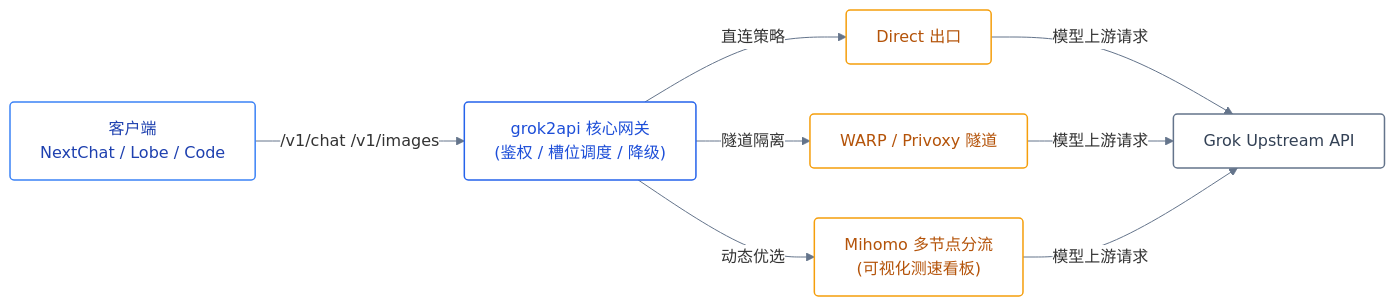
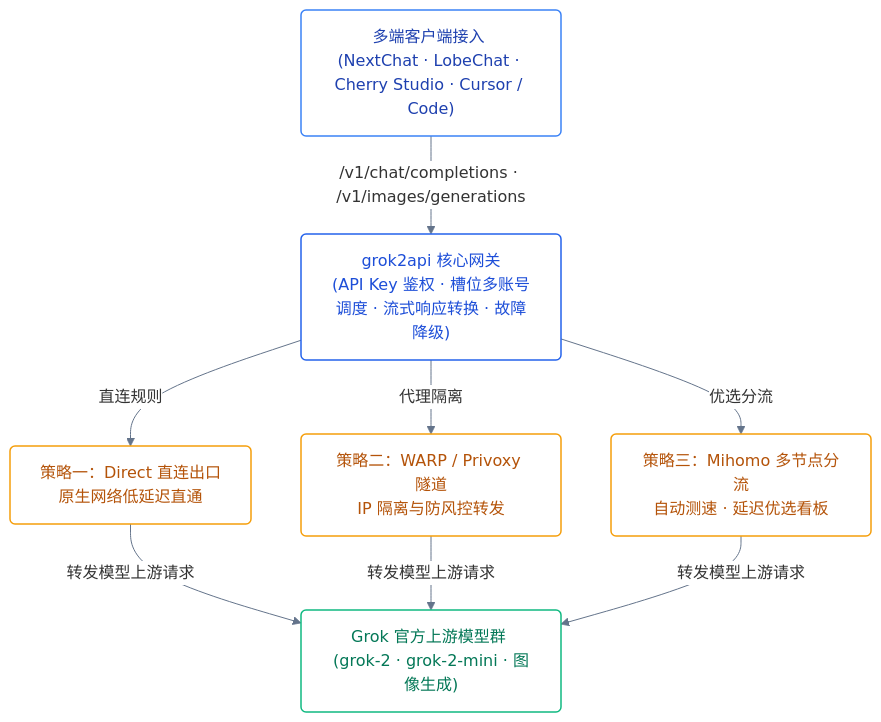
The diagram in README.md (s1oopX/grok2api-enhanced), drawn with Mermaid before and after one commit.

Commit message:
docs: enlarge grok2api architecture diagram with balanced TB layout

````diff
--- a/README.md
+++ b/README.md
@@ -42,14 +42,31 @@
 ```mermaid
 %%{init: {'theme': 'base', 'themeVariables': { 'edgeLabelBackground': '#ffffff', 'mainBkg': '#ffffff', 'lineColor': '#64748b' }}}%%
-flowchart LR
-    classDef client fill:#ffffff,stroke:#3b82f6,stroke-width:1.5px,color:#1e40af,rx:4px,ry:4px;
-    classDef gateway fill:#ffffff,stroke:#2563eb,stroke-width:1.5px,color:#1d4ed8,rx:4px,ry:4px;
-    classDef route fill:#ffffff,stroke:#f59e0b,stroke-width:1.5px,color:#b45309,rx:4px,ry:4px;
-    classDef upstream fill:#ffffff,stroke:#64748b,stroke-width:1.5px,color:#334155,rx:4px,ry:4px;
+flowchart TB
+    classDef client fill:#ffffff,stroke:#3b82f6,stroke-width:1.5px,color:#1e40af,rx:5px,ry:5px;
+    classDef gateway fill:#ffffff,stroke:#2563eb,stroke-width:1.5px,color:#1d4ed8,rx:5px,ry:5px;
+    classDef route fill:#ffffff,stroke:#f59e0b,stroke-width:1.5px,color:#b45309,rx:5px,ry:5px;
+    classDef upstream fill:#ffffff,stroke:#10b981,stroke-width:1.5px,color:#047857,rx:5px,ry:5px;
 
-    C["客户端<br/>NextChat / Lobe / Code"]:::client -->|"/v1/chat /v1/images"| G["grok2api 核心网关<br/>(鉴权 / 槽位调度 / 降级)"]:::gateway
-    G -->|"直连策略"| R1["Direct 出口"]:::route
-    G -->|"隧道隔离"| R2["WARP / Privoxy 隧道"]:::route
-    G -->|"动态优选"| R3["Mihomo 多节点分流<br/>(可视化测速看板)"]:::route
-    R1 & R2 & R3 -->|"模型上游请求"| U["Grok Upstream API"]:::upstream
+    %% 1. 客户端接入 (顶层)
+    C["多端客户端接入 (NextChat · LobeChat · Cherry Studio · Cursor / Code)"]:::client
+
+    %% 2. 核心网关引擎 (中层)
+    G["grok2api 核心网关<br/>(API Key 鉴权 · 槽位多账号调度 · 流式响应转换 · 故障降级)"]:::gateway
+
+    %% 3. 三路出海出口 (并排展开)
+    R1["策略一：Direct 直连出口<br/>原生网络低延迟直通"]:::route
+    R2["策略二：WARP / Privoxy 隧道<br/>IP 隔离与防风控转发"]:::route
+    R3["策略三：Mihomo 多节点分流<br/>自动测速 · 延迟优选看板"]:::route
+
+    %% 4. 上游模型服务 (底层收口)
+    U["Grok 官方上游模型群 (grok-2 · grok-2-mini · 图像生成)"]:::upstream
+
+    %% 纵向贯通流转 (大字号、舒展饱满)
+    C -->|"/v1/chat/completions · /v1/images/generations"| G
+
+    G -->|"直连规则"| R1
+    G -->|"代理隔离"| R2
+    G -->|"优选分流"| R3
+
+    R1 & R2 & R3 -->|"转发模型上游请求"| U
 ```
````
